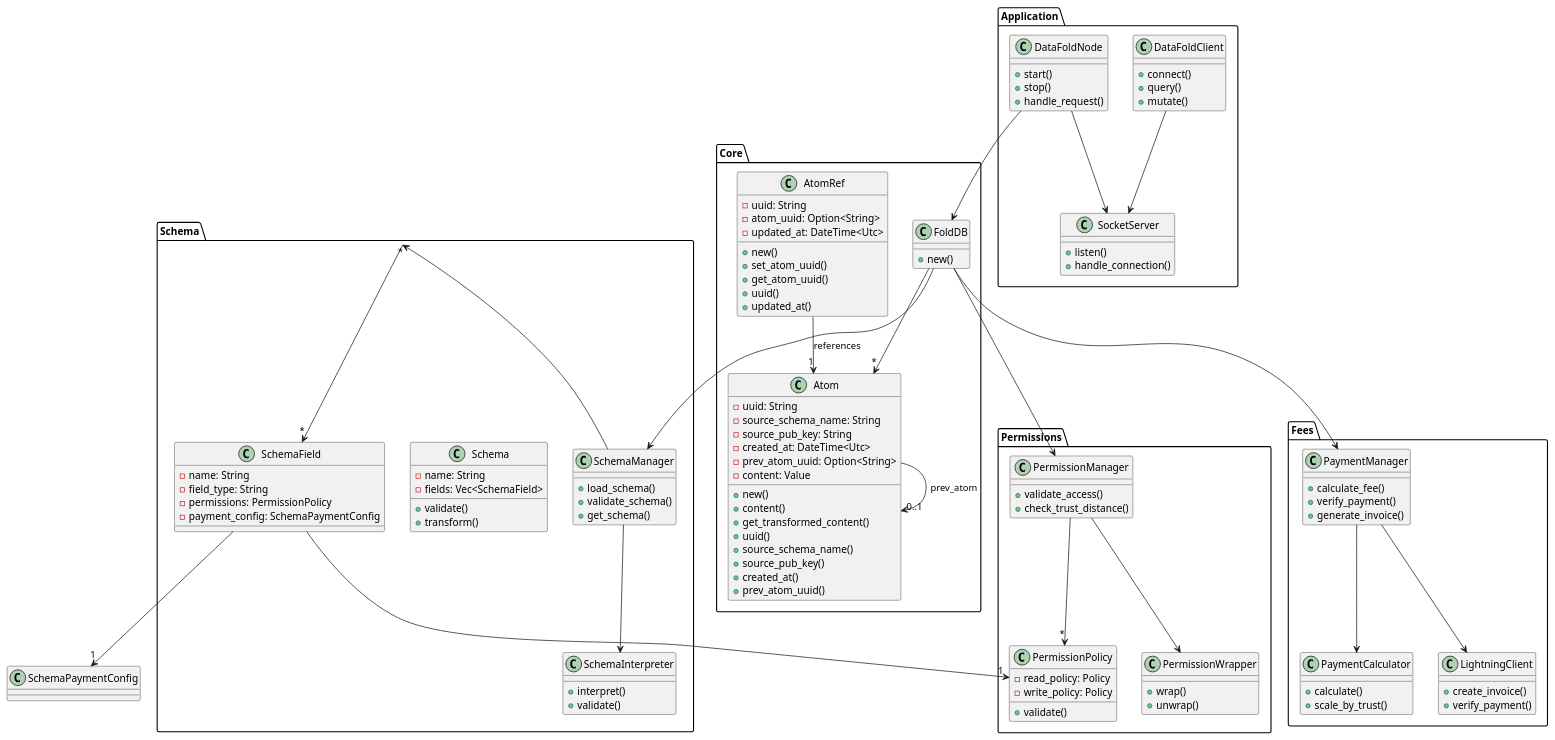
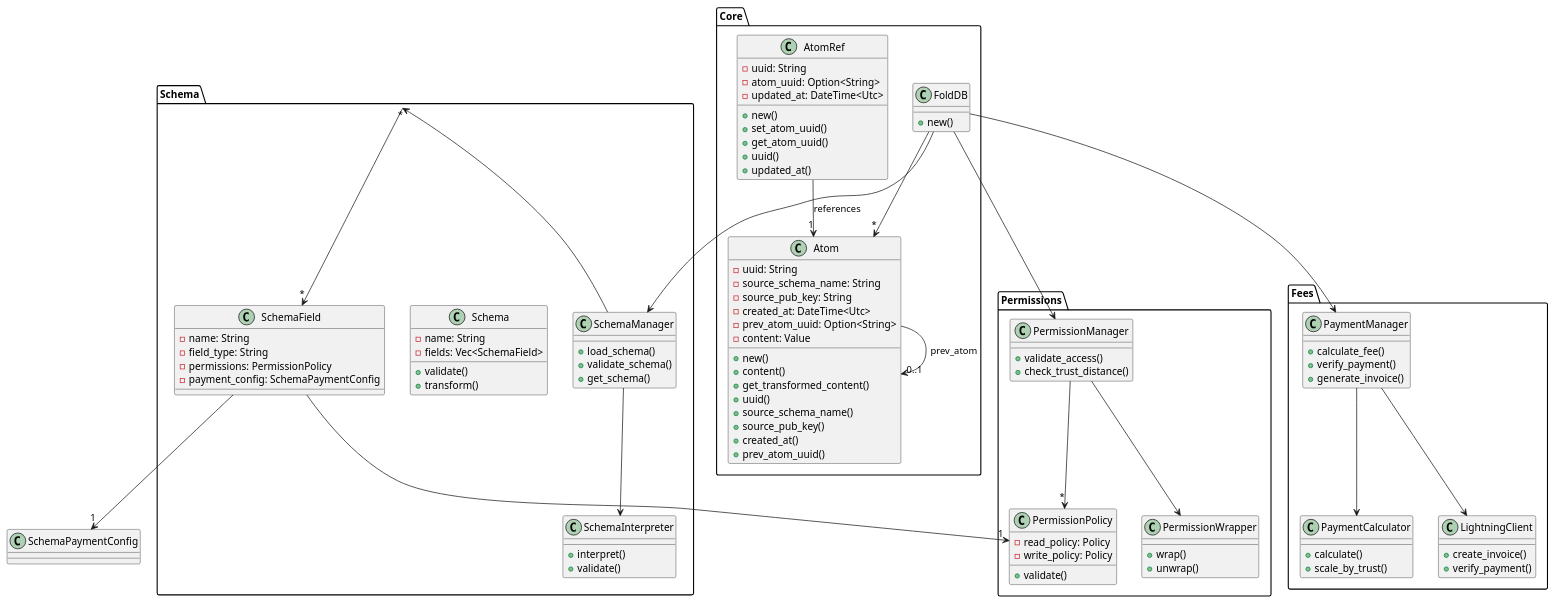
The diagram in cline_docs/class_diagram.puml (shiba4life/fold_db), drawn with PlantUML before and after one commit. The commit also changed 13 other files, not shown here.

First line of the commit message:
Remove application layer and socket server implementation

```diff
--- a/cline_docs/class_diagram.puml
+++ b/cline_docs/class_diagram.puml
@@ -1,148 +1,124 @@
 @startuml FoldDB Class Diagram
 
 ' Core Components
 package "Core" {
     class FoldDB {
         + new()
     }
 
     class Atom {
         - uuid: String
         - source_schema_name: String
         - source_pub_key: String
         - created_at: DateTime<Utc>
         - prev_atom_uuid: Option<String>
         - content: Value
         + new()
         + content()
         + get_transformed_content()
         + uuid()
         + source_schema_name()
         + source_pub_key()
         + created_at()
         + prev_atom_uuid()
     }
 
     class AtomRef {
         - uuid: String
         - atom_uuid: Option<String>
         - updated_at: DateTime<Utc>
         + new()
         + set_atom_uuid()
         + get_atom_uuid()
         + uuid()
         + updated_at()
     }
 }
 
 ' Schema Management
 package "Schema" {
     class SchemaManager {
         + load_schema()
         + validate_schema()
         + get_schema()
     }
 
     class Schema {
         - name: String
         - fields: Vec<SchemaField>
         + validate()
         + transform()
     }
 
     class SchemaInterpreter {
         + interpret()
         + validate()
     }
 
     class SchemaField {
         - name: String
         - field_type: String
         - permissions: PermissionPolicy
         - payment_config: SchemaPaymentConfig
     }
 }
 
 ' Permissions
 package "Permissions" {
     class PermissionManager {
         + validate_access()
         + check_trust_distance()
     }
 
     class PermissionWrapper {
         + wrap()
         + unwrap()
     }
 
     class PermissionPolicy {
         - read_policy: Policy
         - write_policy: Policy
         + validate()
     }
 }
 
 ' Payment System
 package "Fees" {
     class PaymentManager {
         + calculate_fee()
         + verify_payment()
         + generate_invoice()
     }
 
     class PaymentCalculator {
         + calculate()
         + scale_by_trust()
     }
 
     class LightningClient {
         + create_invoice()
         + verify_payment()
     }
 }
 
-' Application Layer
-package "Application" {
-    class DataFoldNode {
-        + start()
-        + stop()
-        + handle_request()
-    }
-
-    class SocketServer {
-        + listen()
-        + handle_connection()
-    }
-
-    class DataFoldClient {
-        + connect()
-        + query()
-        + mutate()
-    }
-}
-
 ' Relationships
 FoldDB --> SchemaManager
 FoldDB --> PermissionManager
 FoldDB --> PaymentManager
 FoldDB --> "*" Atom
 Atom --> "0..1" Atom: prev_atom
 AtomRef --> "1" Atom: references
 
 SchemaManager --> "*" Schema
 Schema --> "*" SchemaField
 SchemaField --> "1" PermissionPolicy
 SchemaField --> "1" SchemaPaymentConfig
 SchemaManager --> SchemaInterpreter
 
 PermissionManager --> "*" PermissionPolicy
 PermissionManager --> PermissionWrapper
 
 PaymentManager --> PaymentCalculator
 PaymentManager --> LightningClient
 
-DataFoldNode --> FoldDB
-DataFoldNode --> SocketServer
-DataFoldClient --> SocketServer
-
 @enduml
```
